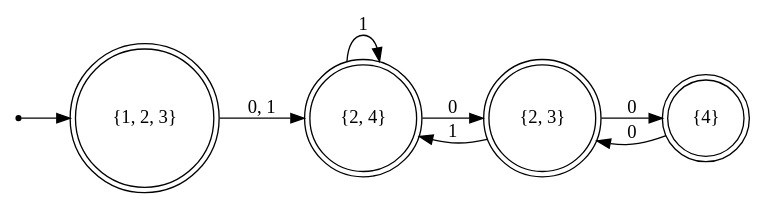
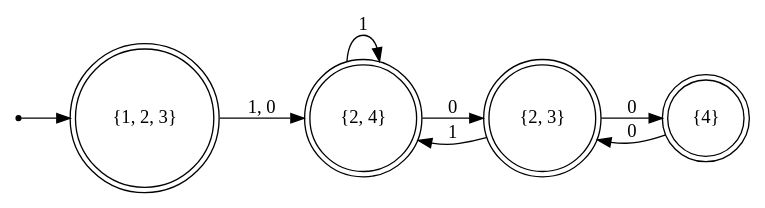
One commit to Quentin18/fsmdot changed the diagram in examples/graph6_dfa.dot. Above: the diagram before and after it, drawn with Graphviz. The commit also changed 6 other files, not shown here.

```diff
--- a/examples/graph6_dfa.dot
+++ b/examples/graph6_dfa.dot
@@ -1,16 +1,16 @@
 strict digraph FSM {
 	graph [rankdir=LR];
 	node [shape=circle];
 	null	[shape=point];
 	"{1, 2, 3}"	[shape=doublecircle];
 	null -> "{1, 2, 3}";
 	"{2, 4}"	[shape=doublecircle];
-	"{1, 2, 3}" -> "{2, 4}"	[label="0, 1"];
+	"{2, 4}" -> "{2, 4}"	[label=1];
 	"{2, 3}"	[shape=doublecircle];
+	"{2, 4}" -> "{2, 3}"	[label=0];
+	"{1, 2, 3}" -> "{2, 4}"	[label="1, 0"];
 	"{4}"	[shape=doublecircle];
+	"{4}" -> "{2, 3}"	[label=0];
+	"{2, 3}" -> "{2, 4}"	[label=1];
 	"{2, 3}" -> "{4}"	[label=0];
-	"{2, 3}" -> "{2, 4}"	[label=1];
-	"{4}" -> "{2, 3}"	[label=0];
-	"{2, 4}" -> "{2, 3}"	[label=0];
-	"{2, 4}" -> "{2, 4}"	[label=1];
 }
```
